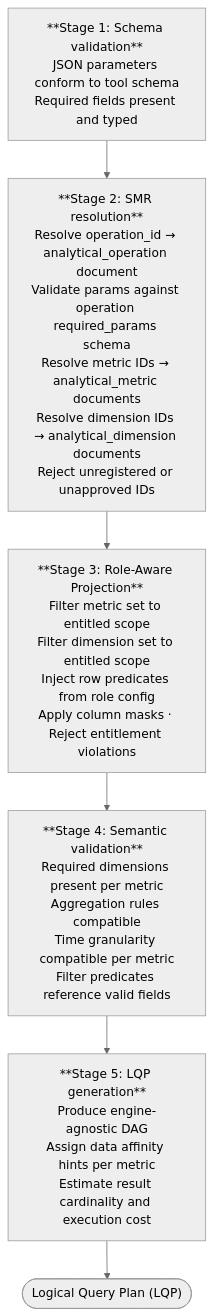
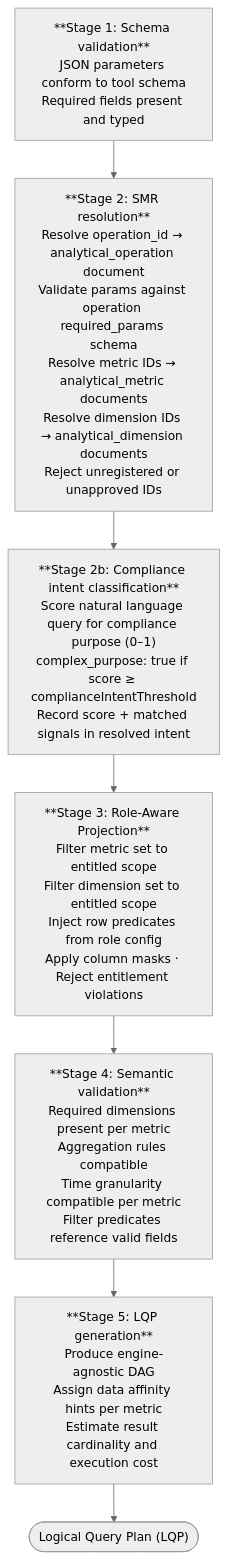
One commit to M-A-Operating-System/shared-work changed the third of 6 diagrams in docs/product/analytics/03-core-capabilities.md. Above: the diagram before and after it, drawn with Mermaid (neutral theme). The commit also changed other lines of this file and 3 other files, not shown here.

````diff
--- a/docs/product/analytics/03-core-capabilities.md
+++ b/docs/product/analytics/03-core-capabilities.md
@@ -359,11 +361,12 @@
 ```mermaid
 flowchart TD
     S1["**Stage 1: Schema validation**\nJSON parameters conform to tool schema\nRequired fields present and typed"]
     S2["**Stage 2: SMR resolution**\nResolve operation_id → analytical_operation document\nValidate params against operation required_params schema\nResolve metric IDs → analytical_metric documents\nResolve dimension IDs → analytical_dimension documents\nReject unregistered or unapproved IDs"]
+    S2b["**Stage 2b: Compliance intent classification**\nScore natural language query for compliance purpose (0–1)\ncomplex_purpose: true if score ≥ complianceIntentThreshold\nRecord score + matched signals in resolved intent"]
     S3["**Stage 3: Role-Aware Projection**\nFilter metric set to entitled scope\nFilter dimension set to entitled scope\nInject row predicates from role config\nApply column masks · Reject entitlement violations"]
     S4["**Stage 4: Semantic validation**\nRequired dimensions present per metric\nAggregation rules compatible\nTime granularity compatible per metric\nFilter predicates reference valid fields"]
     S5["**Stage 5: LQP generation**\nProduce engine-agnostic DAG\nAssign data affinity hints per metric\nEstimate result cardinality and execution cost"]
     LQP(["Logical Query Plan (LQP)"])
 
-    S1 --> S2 --> S3 --> S4 --> S5 --> LQP
+    S1 --> S2 --> S2b --> S3 --> S4 --> S5 --> LQP
 ```
````
